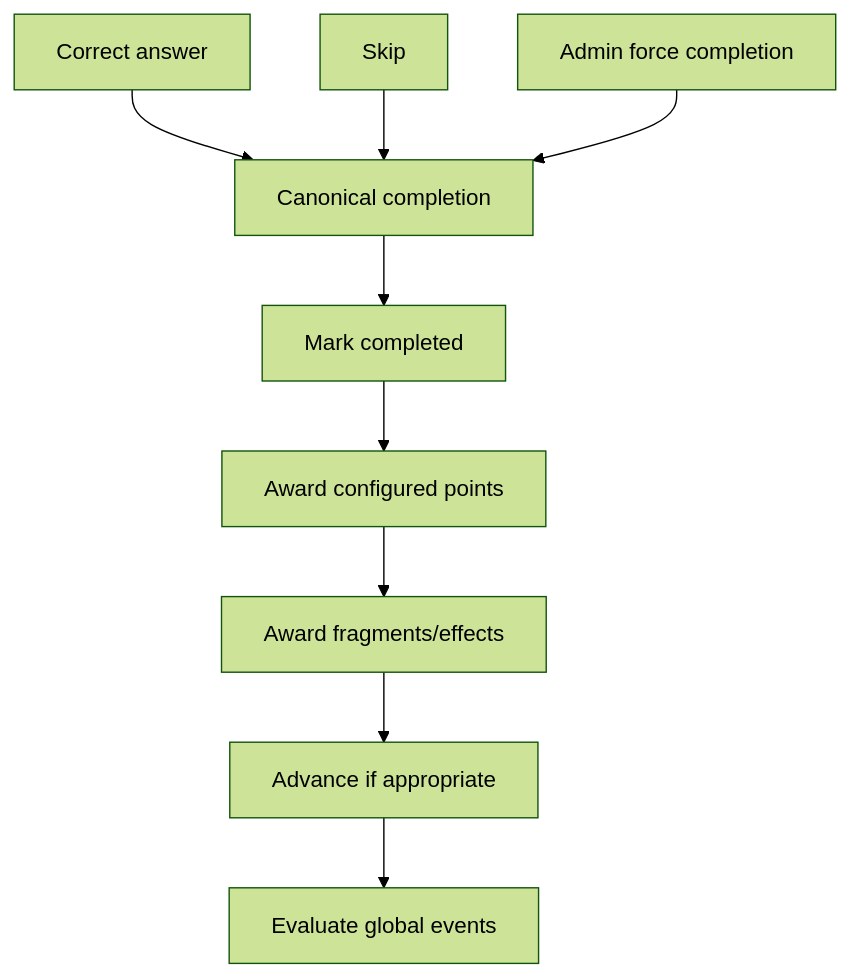
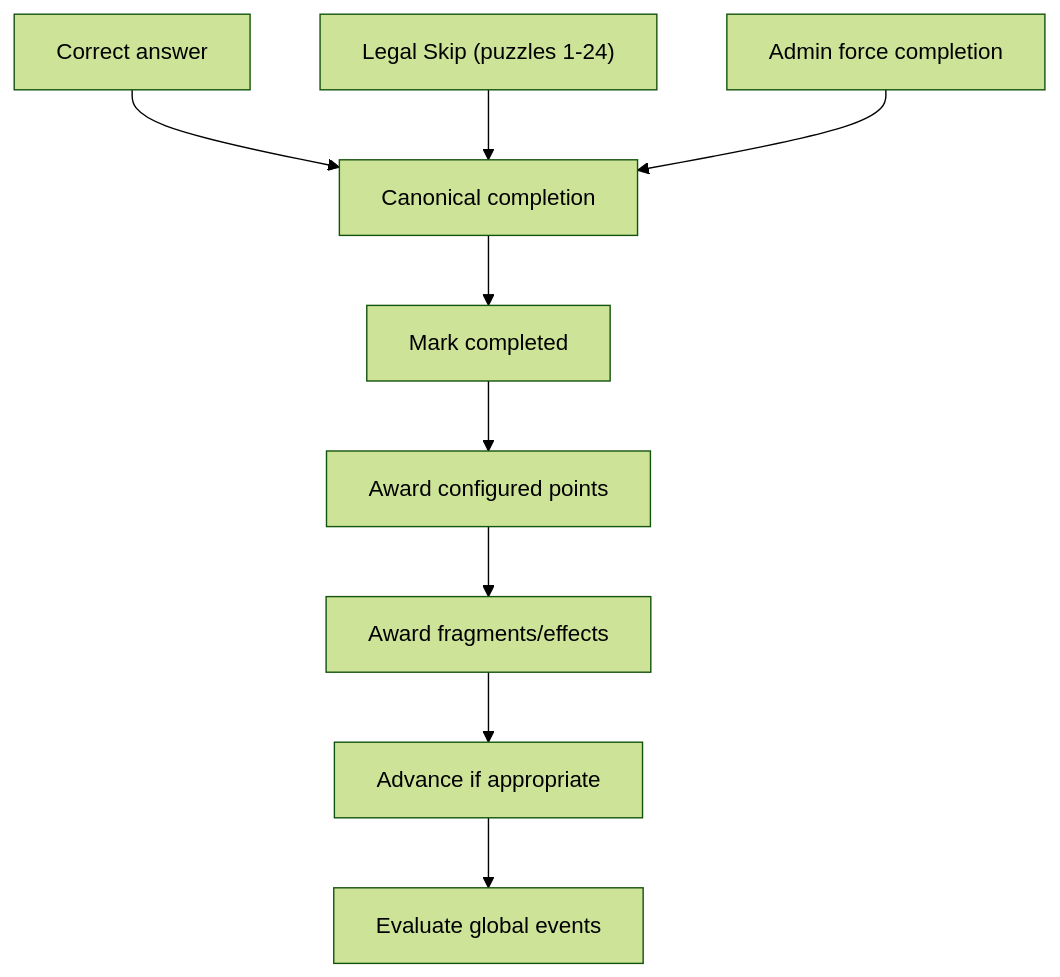
The fourth of 11 diagrams in christmas-2026-game-rules-state-semantics.md (TristanAlbers/christmas-quiz), drawn with Mermaid (forest theme) before and after one commit. The commit also changed other lines of this file, not shown here.

Commit message:
Make puzzle 25 an explicit Skip exception

````diff
--- a/christmas-2026-game-rules-state-semantics.md
+++ b/christmas-2026-game-rules-state-semantics.md
@@ -272,11 +274,11 @@
 ```mermaid
 flowchart TD
     A["Correct answer"] --> C["Canonical completion"]
-    B["Skip"] --> C
+    B["Legal Skip (puzzles 1-24)"] --> C
     D["Admin force completion"] --> C
     C --> R["Mark completed"]
     R --> P["Award configured points"]
     P --> F["Award fragments/effects"]
     F --> N["Advance if appropriate"]
     N --> E["Evaluate global events"]
 ```
````
